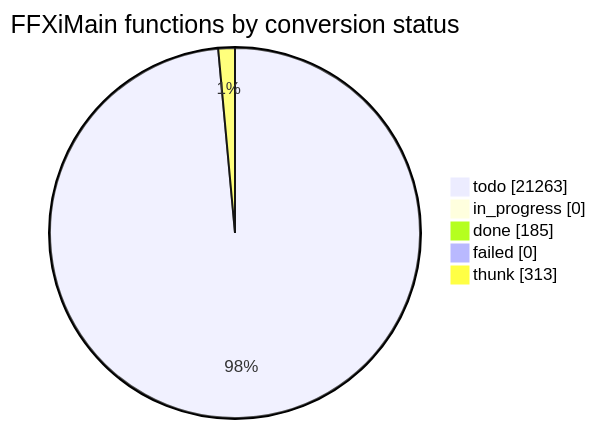
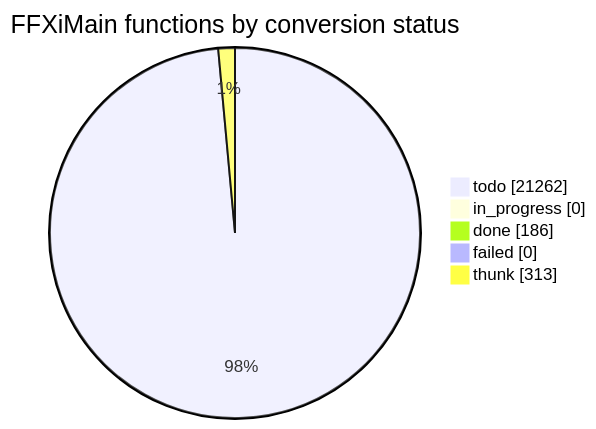
Before and after one commit to cowrevenge/cow_kuluu_xi_anything: the diagram in docs/cow/STATUS.md, drawn with Mermaid. The commit also changed other lines of this file and 9 other files, not shown here.

````diff
--- a/docs/cow/STATUS.md
+++ b/docs/cow/STATUS.md
@@ -18,9 +18,9 @@
 ```mermaid
 pie showData
     title FFXiMain functions by conversion status
-    "todo" : 21263
+    "todo" : 21262
     "in_progress" : 0
-    "done" : 185
+    "done" : 186
     "failed" : 0
     "thunk" : 313
 ```
````
